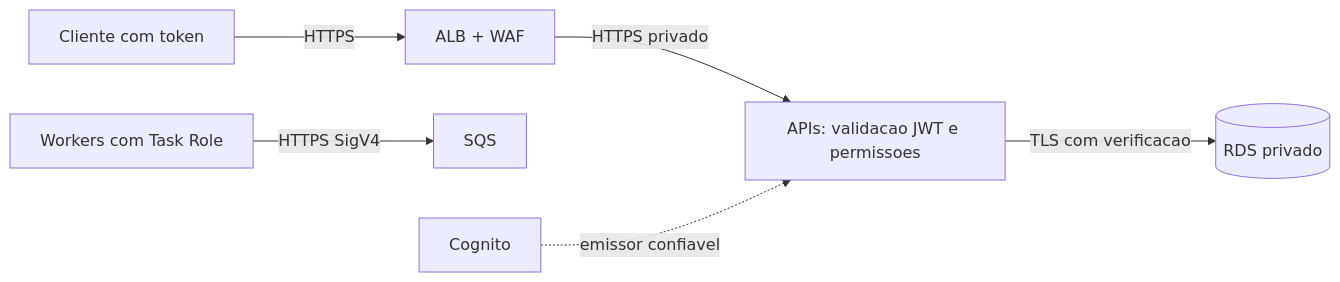
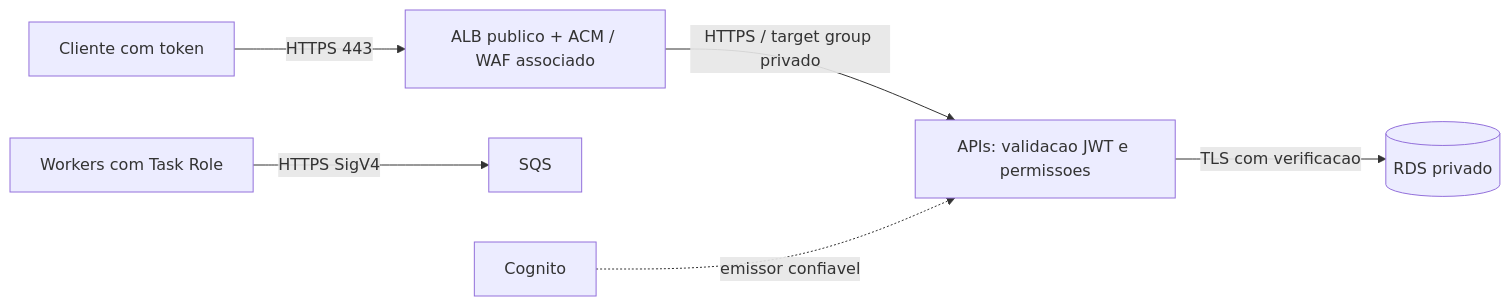
The diagram in docs/04-visoes/seguranca-resiliencia-observabilidade.md (ThiagoFerraciolli/cash-flow-architecture), drawn with Mermaid before and after one commit. The commit also changed other lines of this file, not shown here.

Commit message:
docs: alinhar fronteira WAF/ALB com diagrama de implantacao

````diff
--- a/docs/04-visoes/seguranca-resiliencia-observabilidade.md
+++ b/docs/04-visoes/seguranca-resiliencia-observabilidade.md
@@ -13,8 +13,8 @@
 ```mermaid
 flowchart LR
-    C[Cliente com token] -->|HTTPS| A[ALB + WAF]
-    A -->|HTTPS privado| API[APIs: validacao JWT e permissoes]
+    C[Cliente com token] -->|HTTPS 443| A[ALB publico + ACM / WAF associado]
+    A -->|HTTPS / target group privado| API[APIs: validacao JWT e permissoes]
     API -->|TLS com verificacao| DB[(RDS privado)]
     W[Workers com Task Role] -->|HTTPS SigV4| Q[SQS]
     I[Cognito] -. emissor confiavel .-> API
 ```
````
